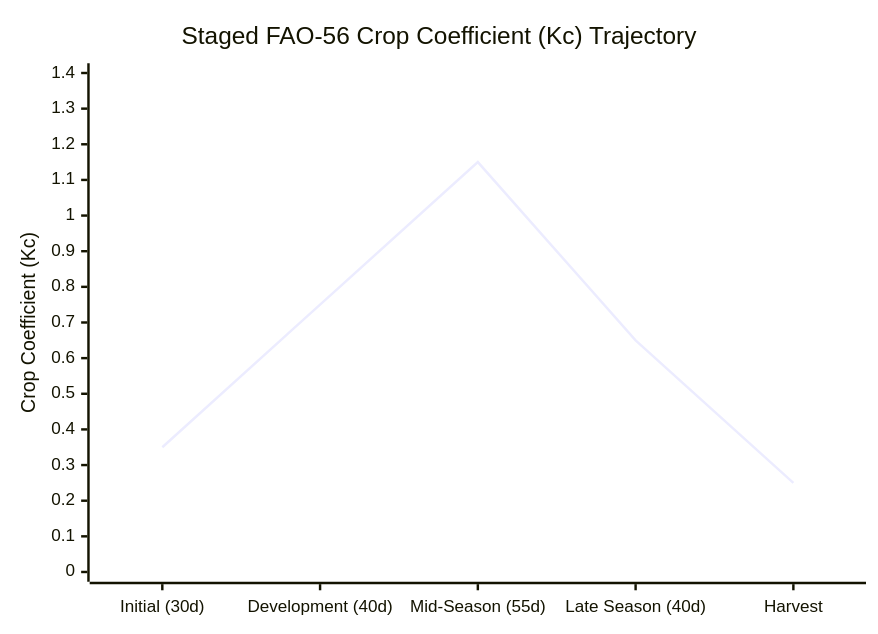
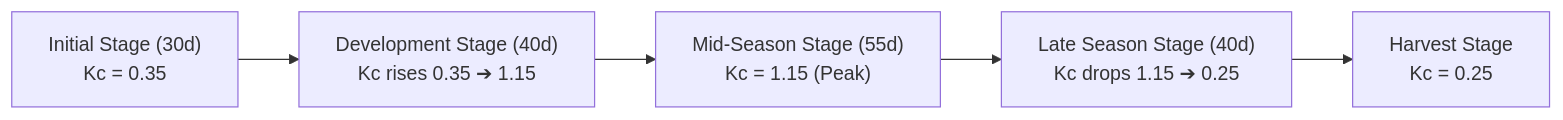
The second of 2 diagrams in docs/VALIDITY.md (zoubaax/Nasa-space-apps), drawn with Mermaid before and after one commit. The commit also changed other lines of this file and 6 other files, not shown here.

Commit message:
refactor: quote mermaid node labels and fix subgraph identifiers in documentation

````diff
--- a/docs/VALIDITY.md
+++ b/docs/VALIDITY.md
@@ -83,7 +83,7 @@
 ```mermaid
-xychart-beta
-    title "Staged FAO-56 Crop Coefficient (Kc) Trajectory"
-    x-axis ["Initial (30d)", "Development (40d)", "Mid-Season (55d)", "Late Season (40d)", "Harvest"]
-    y-axis "Crop Coefficient (Kc)" 0.0 --> 1.4
-    line [0.35, 0.75, 1.15, 0.65, 0.25]
+flowchart LR
+    S1["Initial Stage (30d)\nKc = 0.35"] --> S2["Development Stage (40d)\nKc rises 0.35 ➔ 1.15"]
+    S2 --> S3["Mid-Season Stage (55d)\nKc = 1.15 (Peak)"]
+    S3 --> S4["Late Season Stage (40d)\nKc drops 1.15 ➔ 0.25"]
+    S4 --> S5["Harvest Stage\nKc = 0.25"]
 ```
````
